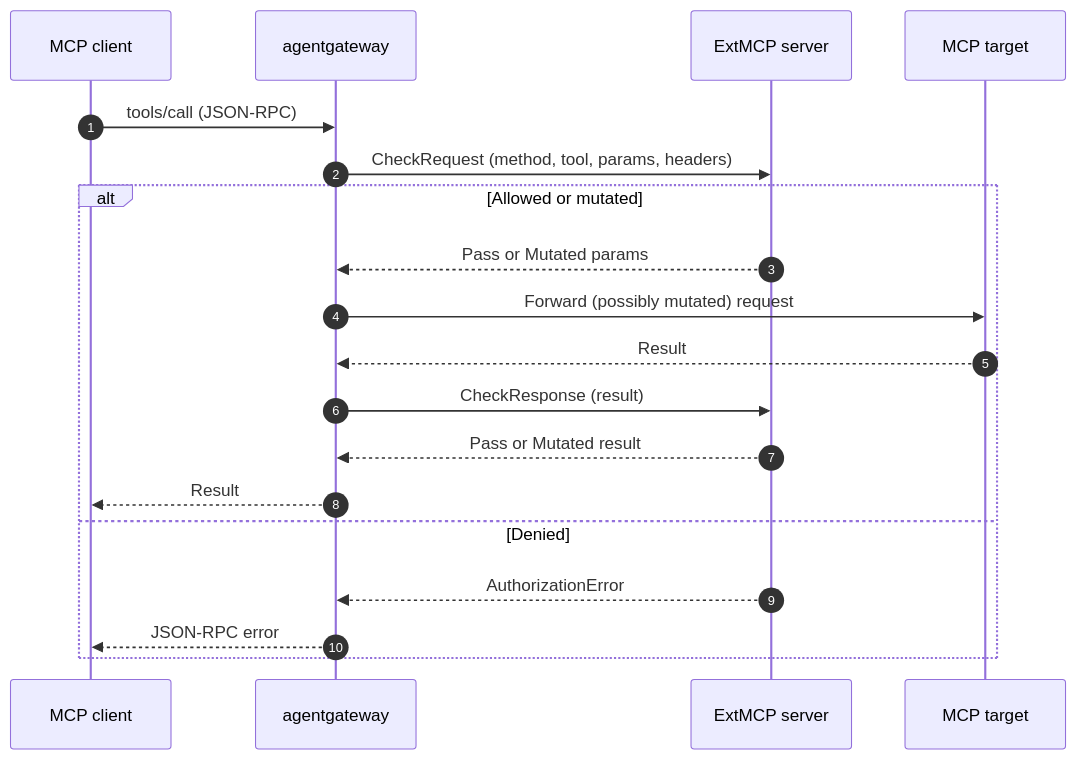
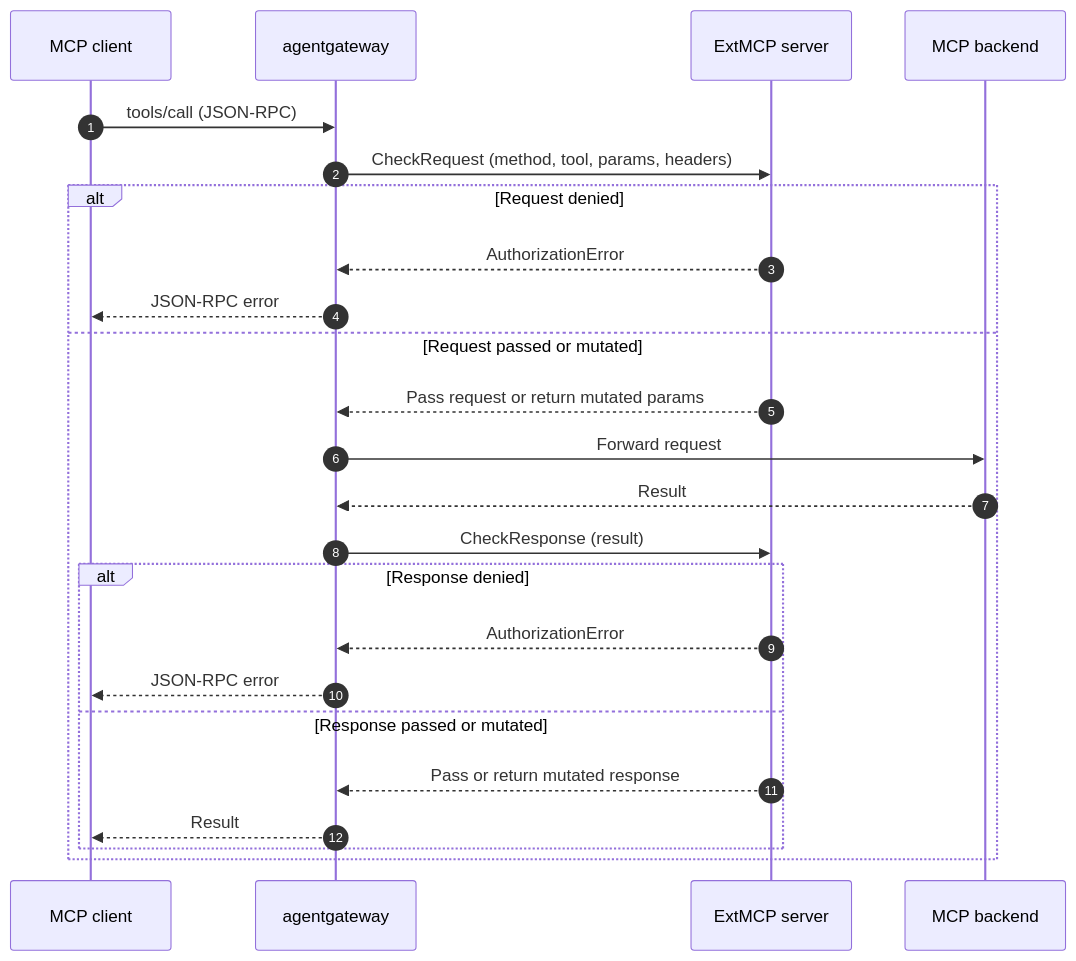
Before and after one commit to agentgateway/website: the diagram in assets/agw-docs/pages/agentgateway/mcp/mcp-guardrails-about.md, drawn with Mermaid. The commit also changed other lines of this file and 6 other files, not shown here.

````diff
--- a/assets/agw-docs/pages/agentgateway/mcp/mcp-guardrails-about.md
+++ b/assets/agw-docs/pages/agentgateway/mcp/mcp-guardrails-about.md
@@ -20,21 +20,26 @@
 ```mermaid
 sequenceDiagram
     autonumber
     participant Client as MCP client
     participant AGW as agentgateway
     participant Ext as ExtMCP server
-    participant MCP as MCP target
+    participant MCP as MCP backend
     Client->>AGW: tools/call (JSON-RPC)
     AGW->>Ext: CheckRequest (method, tool, params, headers)
-    alt Allowed or mutated
-        Ext-->>AGW: Pass or Mutated params
-        AGW->>MCP: Forward (possibly mutated) request
+    alt Request denied
+        Ext-->>AGW: AuthorizationError
+        AGW-->>Client: JSON-RPC error
+    else Request passed or mutated
+        Ext-->>AGW: Pass request or return mutated params
+        AGW->>MCP: Forward request
         MCP-->>AGW: Result
         AGW->>Ext: CheckResponse (result)
-        Ext-->>AGW: Pass or Mutated result
-        AGW-->>Client: Result
-    else Denied
-        Ext-->>AGW: AuthorizationError
-        AGW-->>Client: JSON-RPC error
+        alt Response denied
+            Ext-->>AGW: AuthorizationError
+            AGW-->>Client: JSON-RPC error
+        else Response passed or mutated
+            Ext-->>AGW: Pass or return mutated response
+            AGW-->>Client: Result
+        end
     end
 ```
````
